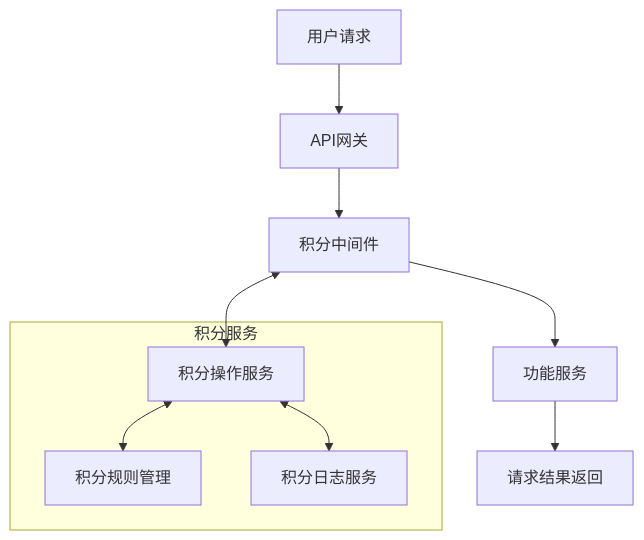
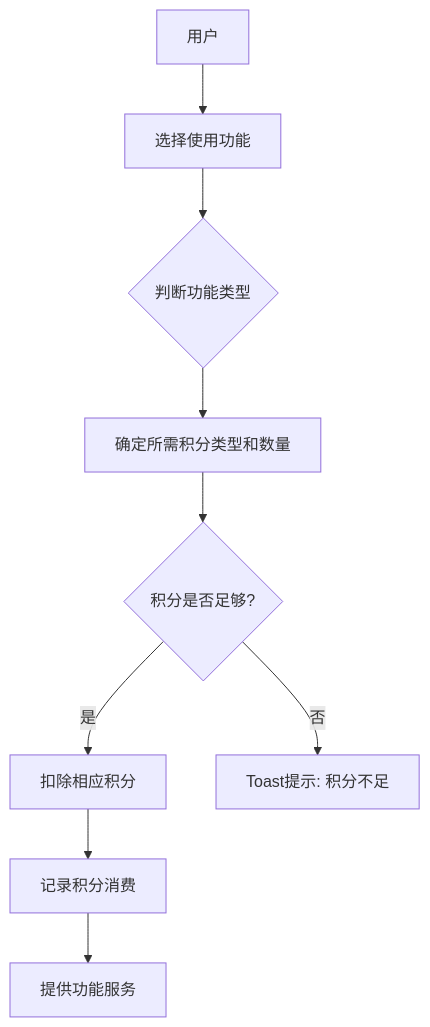
One commit to yingjianzh/iodraw-files changed the diagram in all/未命名-65.md. Above: the diagram before and after it, drawn with Mermaid.

Commit message:
2025-05-22 15:35:55 update

````diff
--- a/all/未命名-65.md
+++ b/all/未命名-65.md
@@ -1,17 +1,11 @@
 ```mermaid
 flowchart TD
-    A[用户请求] --> B[API网关]
-    B --> C[积分中间件]
-    C --> D[功能服务]
-    D --> E[请求结果返回]
-    
-    subgraph 积分服务
-    F[积分规则管理]
-    G[积分操作服务]
-    H[积分日志服务]
-    end
-    
-    C <--> G
-    G <--> F
-    G <--> H
+    A[用户] --> B[选择使用功能]
+    B --> C{判断功能类型}
+    C --> D[确定所需积分类型和数量]
+    D --> E{积分是否足够?}
+    E -->|是| F[扣除相应积分]
+    F --> G[记录积分消费]
+    G --> H[提供功能服务]
+    E -->|否| I[Toast提示: 积分不足]
 ```
````
